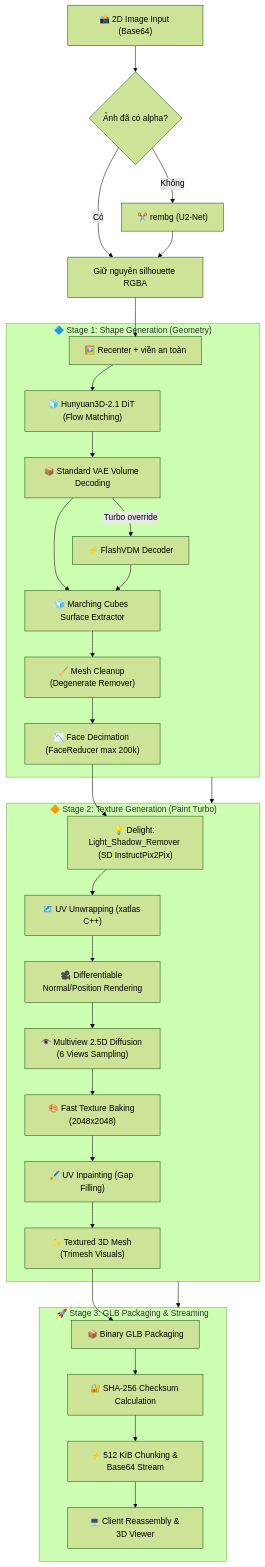
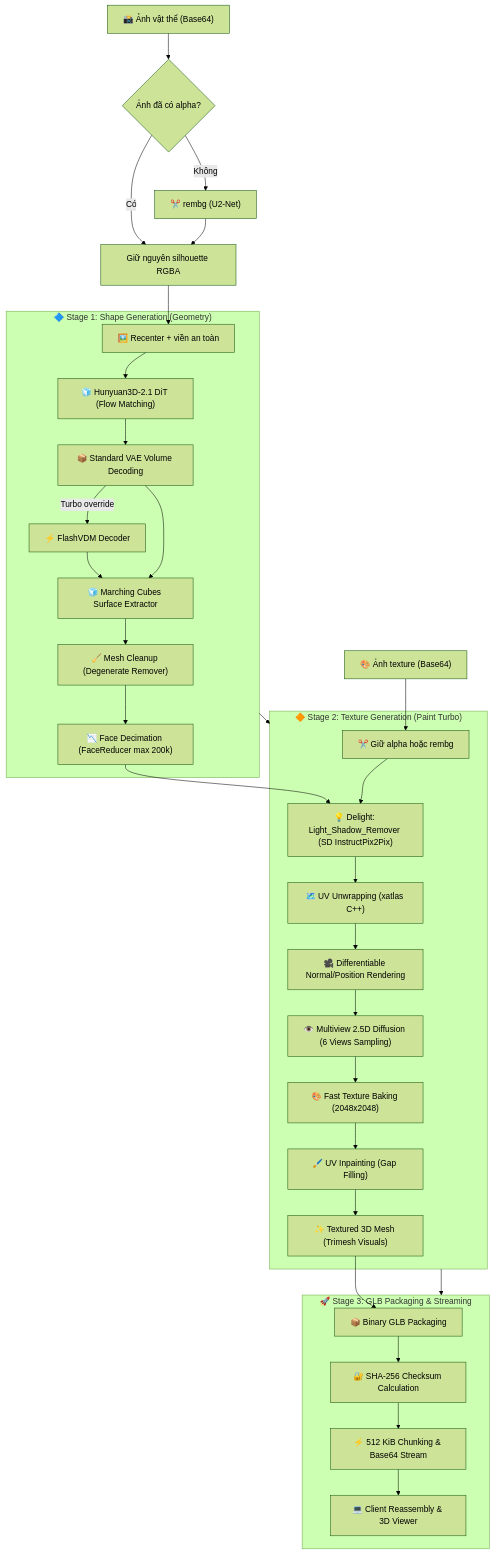
Before and after one commit to yuika-sama/3d_hunyuan_be_test: the diagram in README.md, drawn with Mermaid (forest theme). The commit also changed other lines of this file and 6 other files, not shown here.

````diff
--- a/README.md
+++ b/README.md
@@ -9,38 +9,40 @@
 ```mermaid
 flowchart TD
-    A["📸 2D Image Input (Base64)"] --> B{"Ảnh đã có alpha?"}
+    A["📸 Ảnh vật thể (Base64)"] --> B{"Ảnh đã có alpha?"}
+    A2["🎨 Ảnh texture (Base64)"] --> B3["✂️ Giữ alpha hoặc rembg"]
     B -->|Có| C["Giữ nguyên silhouette RGBA"]
     B -->|Không| B2["✂️ rembg (U2-Net)"]
     B2 --> C
     C --> C2["🖼️ Recenter + viền an toàn"]
     
     subgraph SG ["🔷 Stage 1: Shape Generation (Geometry)"]
         C2 --> D["🧊 Hunyuan3D-2.1 DiT (Flow Matching)"]
         D --> E["📦 Standard VAE Volume Decoding"]
         E -->|Turbo override| E_FB["⚡ FlashVDM Decoder"]
         E --> F["🧊 Marching Cubes Surface Extractor"]
         E_FB --> F
         F --> G["🧹 Mesh Cleanup (Degenerate Remover)"]
         G --> H["📉 Face Decimation (FaceReducer max 200k)"]
     end
 
     subgraph TG ["🔶 Stage 2: Texture Generation (Paint Turbo)"]
+        B3 --> I
         H --> I["💡 Delight: Light_Shadow_Remover (SD InstructPix2Pix)"]
         I --> J["🗺️ UV Unwrapping (xatlas C++)"]
         J --> K["🎥 Differentiable Normal/Position Rendering"]
         K --> L["👁️ Multiview 2.5D Diffusion (6 Views Sampling)"]
         L --> M["🎨 Fast Texture Baking (2048x2048)"]
         M --> N["🖌️ UV Inpainting (Gap Filling)"]
         N --> O["✨ Textured 3D Mesh (Trimesh Visuals)"]
     end
 
     subgraph EXP ["🚀 Stage 3: GLB Packaging & Streaming"]
         O --> P["📦 Binary GLB Packaging"]
         P --> Q["🔐 SHA-256 Checksum Calculation"]
         Q --> R["⚡ 512 KiB Chunking & Base64 Stream"]
         R --> S["💻 Client Reassembly & 3D Viewer"]
     end
 
     SG --> TG
     TG --> EXP
 ```
````
